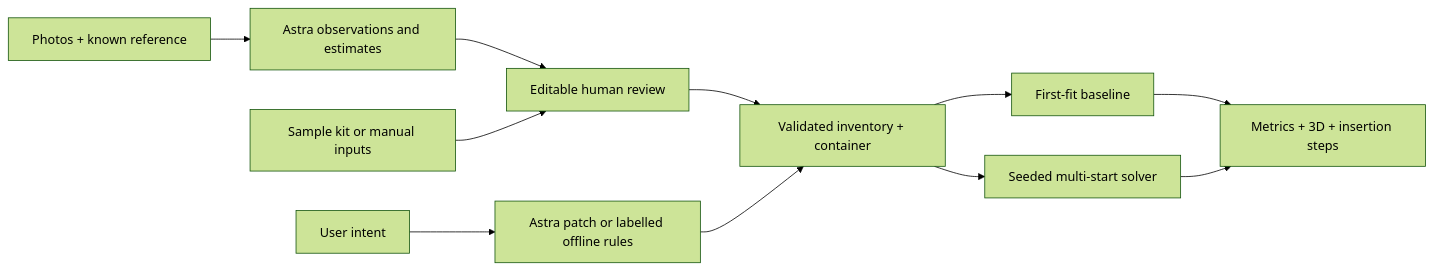
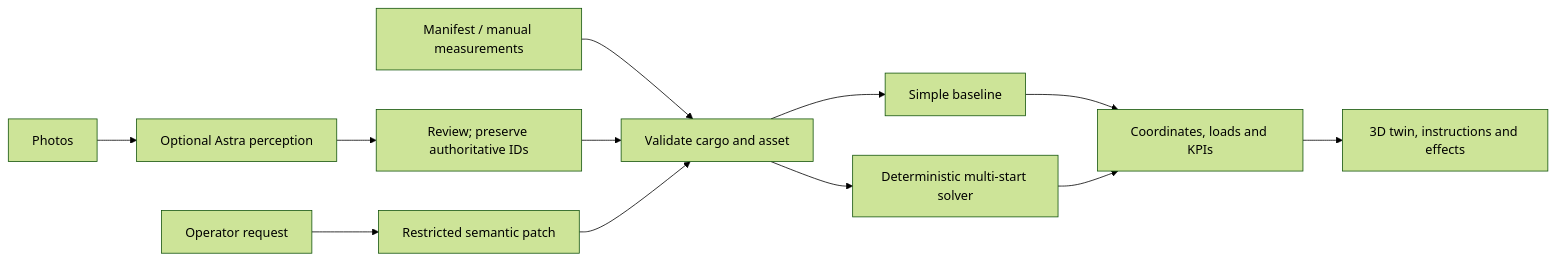
Before and after one commit to skibidi-gyatt/packwise: the diagram in docs/BUILD_BRIEF.md, drawn with Mermaid (forest theme). The commit also changed other lines of this file and 22 other files, not shown here.

````diff
--- a/docs/BUILD_BRIEF.md
+++ b/docs/BUILD_BRIEF.md
@@ -28,13 +38,14 @@
 ```mermaid
 flowchart LR
-  A[Photos + known reference] --> B[Astra observations and estimates]
-  B --> C[Editable human review]
-  D[Sample kit or manual inputs] --> C
-  C --> E[Validated inventory + container]
-  E --> F[First-fit baseline]
-  E --> G[Seeded multi-start solver]
-  F --> H[Metrics + 3D + insertion steps]
-  G --> H
-  I[User intent] --> J[Astra patch or labelled offline rules]
-  J --> E
+  M[Manifest / manual measurements] --> V[Validate cargo and asset]
+  P[Photos] --> A[Optional Astra perception]
+  A --> G[Review; preserve authoritative IDs]
+  G --> V
+  U[Operator request] --> I[Restricted semantic patch]
+  I --> V
+  V --> B[Simple baseline]
+  V --> S[Deterministic multi-start solver]
+  B --> K[Coordinates, loads and KPIs]
+  S --> K
+  K --> D[3D twin, instructions and effects]
 ```
````
